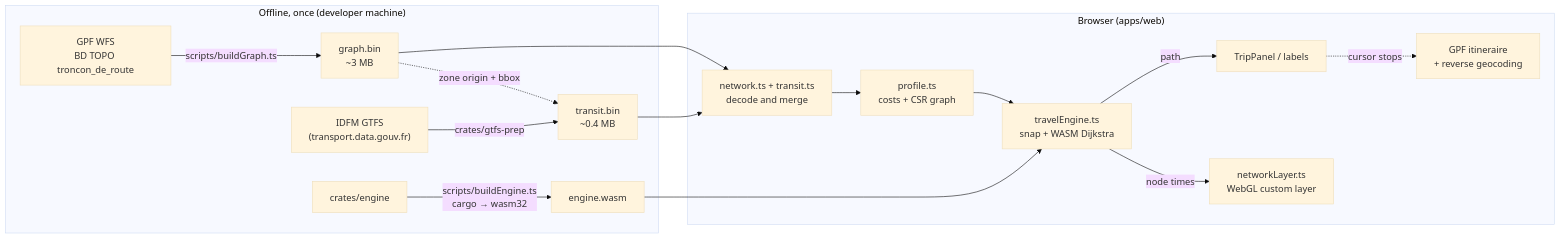
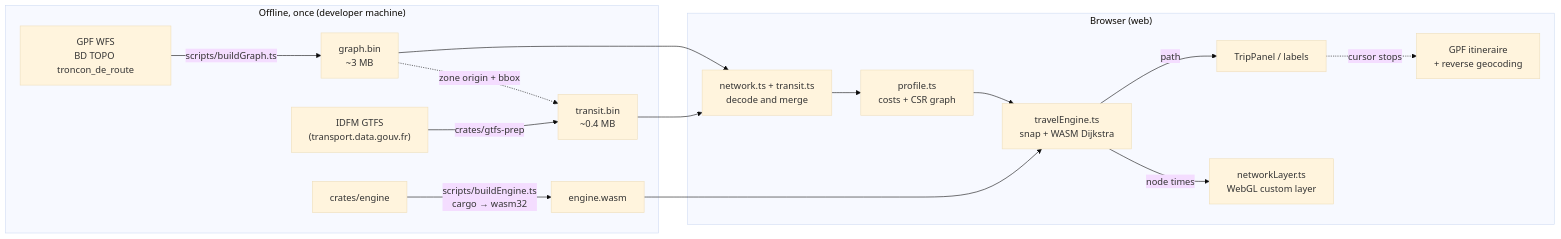
One commit to IGNF/geo-reach changed the first of 2 diagrams in docs/architecture.md. Above: the diagram before and after it, drawn with Mermaid (base theme). The commit also changed other lines of this file and 53 other files, not shown here.

````diff
--- a/docs/architecture.md
+++ b/docs/architecture.md
@@ -9,21 +9,21 @@
 ```mermaid
 flowchart LR
   subgraph prep["Offline, once (developer machine)"]
     WFS["GPF WFS<br/>BD TOPO troncon_de_route"] -->|scripts/buildGraph.ts| G[graph.bin<br/>~3 MB]
     GTFS["IDFM GTFS<br/>(transport.data.gouv.fr)"] -->|crates/gtfs-prep| T[transit.bin<br/>~0.4 MB]
     G -. zone origin + bbox .-> T
     RS[crates/engine] -->|scripts/buildEngine.ts<br/>cargo → wasm32| W[engine.wasm]
   end
 
-  subgraph browser["Browser (apps/web)"]
+  subgraph browser["Browser (web)"]
     L[network.ts + transit.ts<br/>decode and merge] --> P[profile.ts<br/>costs + CSR graph]
     P --> E[travelEngine.ts<br/>snap + WASM Dijkstra]
     E -->|node times| R[networkLayer.ts<br/>WebGL custom layer]
     E -->|path| UI[TripPanel / labels]
     UI -.cursor stops.-> GPF["GPF itineraire<br/>+ reverse geocoding"]
   end
 
   G --> L
   T --> L
   W --> E
 ```
````
